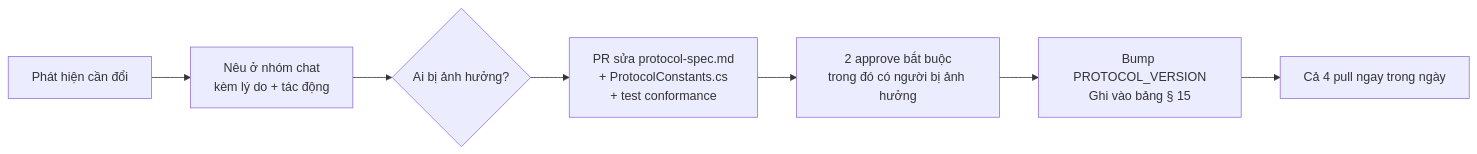
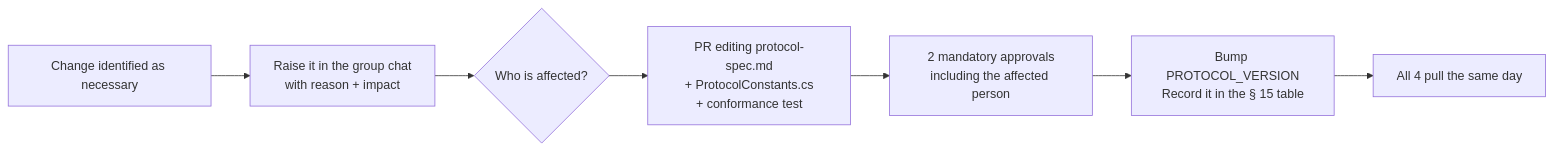
The diagram in plans/00-shared/conventions.md (Nghaiz/LTM), drawn with Mermaid before and after one commit. The commit also changed other lines of this file and 34 other files, not shown here.

````diff
--- a/plans/00-shared/conventions.md
+++ b/plans/00-shared/conventions.md
@@ -66,9 +67,9 @@
 ```mermaid
 flowchart LR
-    A[Phát hiện cần đổi] --> B[Nêu ở nhóm chat<br/>kèm lý do + tác động]
-    B --> C{Ai bị ảnh hưởng?}
-    C --> D[PR sửa protocol-spec.md<br/>+ ProtocolConstants.cs<br/>+ test conformance]
-    D --> E[2 approve bắt buộc<br/>trong đó có người bị ảnh hưởng]
-    E --> F[Bump PROTOCOL_VERSION<br/>Ghi vào bảng § 15]
-    F --> G[Cả 4 pull ngay trong ngày]
+    A[Change identified as necessary] --> B[Raise it in the group chat<br/>with reason + impact]
+    B --> C{Who is affected?}
+    C --> D[PR editing protocol-spec.md<br/>+ ProtocolConstants.cs<br/>+ conformance test]
+    D --> E[2 mandatory approvals<br/>including the affected person]
+    E --> F[Bump PROTOCOL_VERSION<br/>Record it in the § 15 table]
+    F --> G[All 4 pull the same day]
 ```
````
